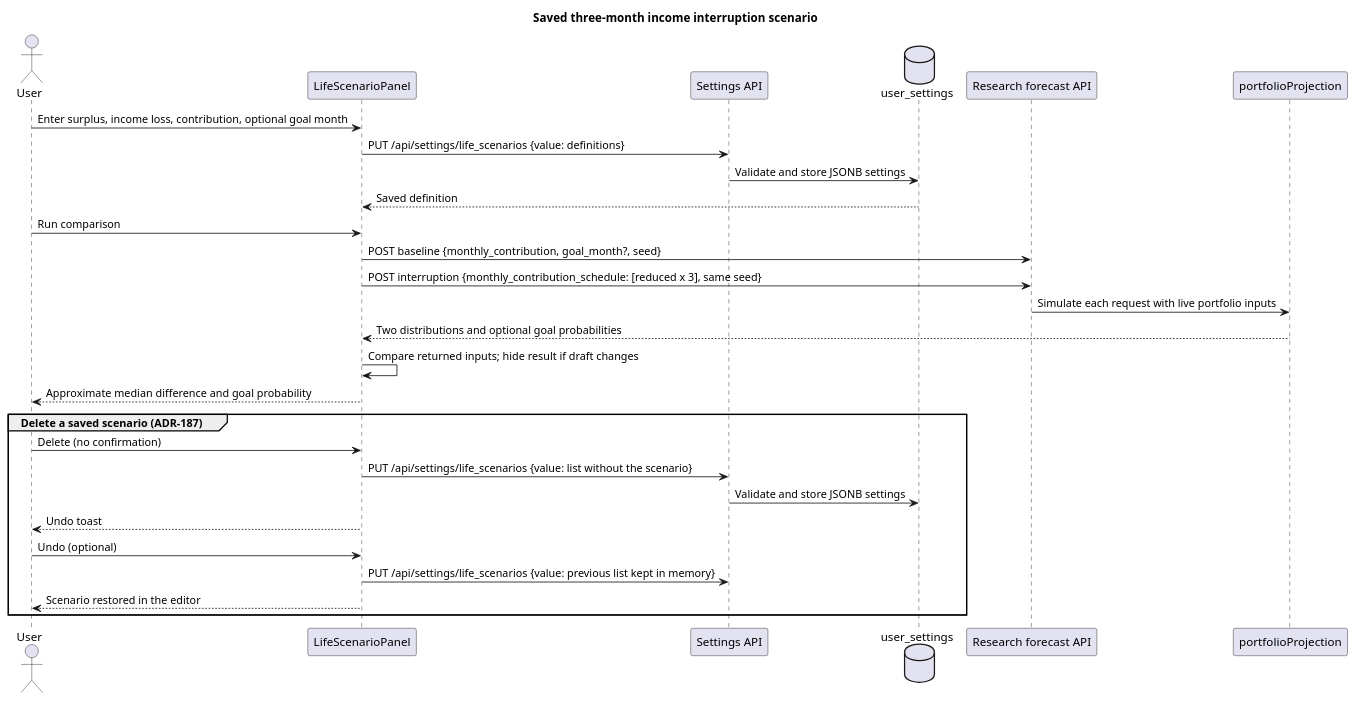
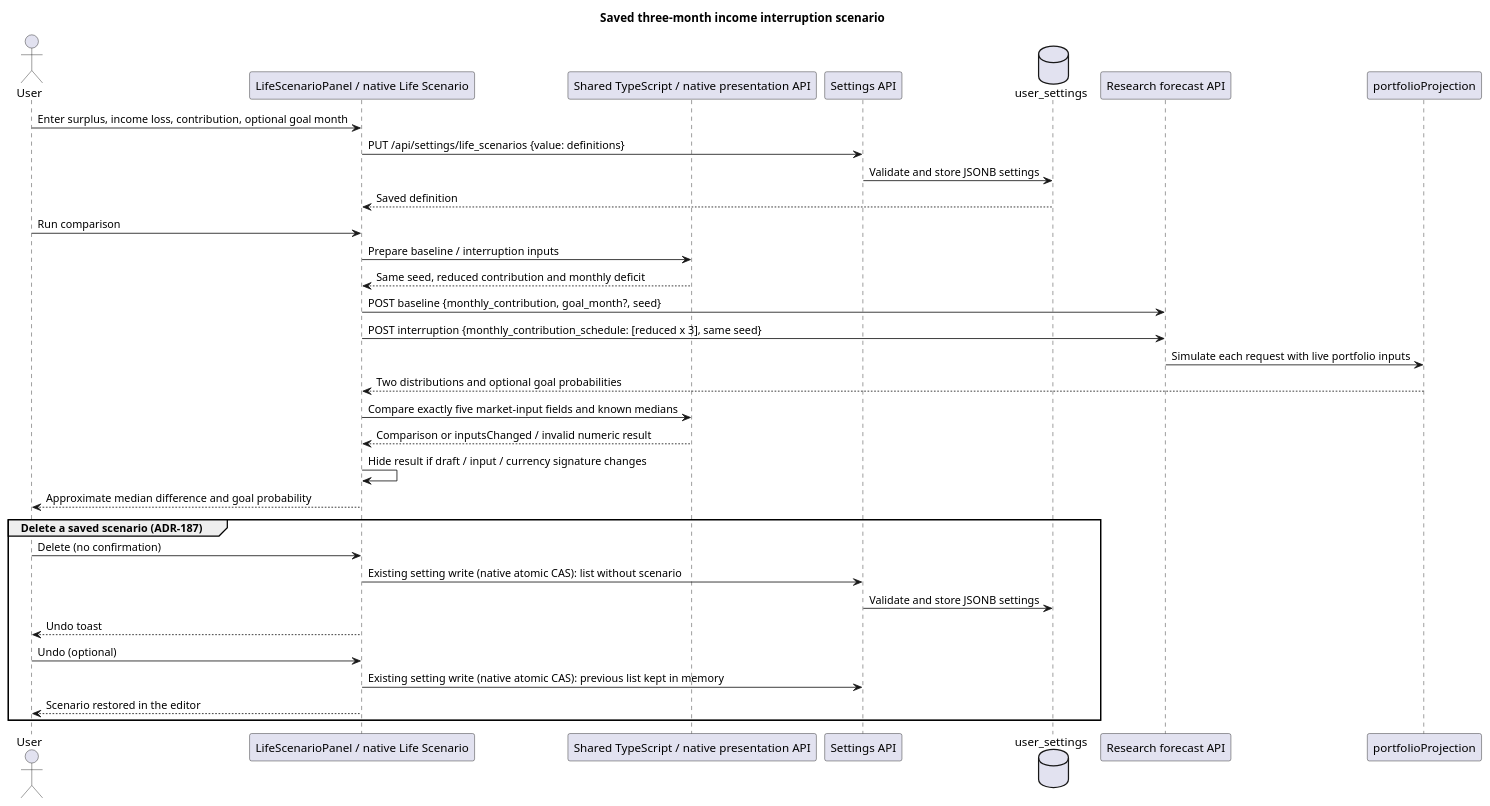
Before and after one commit to EraPartner/Vision: the diagram in docs/diagrams/life-scenario-flow.puml, drawn with PlantUML. The commit also changed 761 other files, not shown here.

```diff
--- a/docs/diagrams/life-scenario-flow.puml
+++ b/docs/diagrams/life-scenario-flow.puml
@@ -1,31 +1,36 @@
 @startuml Life Scenario Flow
 title Saved three-month income interruption scenario
 actor User
-participant "LifeScenarioPanel" as Panel
+participant "LifeScenarioPanel / native Life Scenario" as Panel
+participant "Shared TypeScript / native presentation API" as Helpers
 participant "Settings API" as Settings
 database "user_settings" as DB
 participant "Research forecast API" as Forecast
 participant "portfolioProjection" as Projection
 
 User -> Panel: Enter surplus, income loss, contribution, optional goal month
 Panel -> Settings: PUT /api/settings/life_scenarios {value: definitions}
 Settings -> DB: Validate and store JSONB settings
 DB --> Panel: Saved definition
 User -> Panel: Run comparison
+Panel -> Helpers: Prepare baseline / interruption inputs
+Helpers --> Panel: Same seed, reduced contribution and monthly deficit
 Panel -> Forecast: POST baseline {monthly_contribution, goal_month?, seed}
 Panel -> Forecast: POST interruption {monthly_contribution_schedule: [reduced x 3], same seed}
 Forecast -> Projection: Simulate each request with live portfolio inputs
 Projection --> Panel: Two distributions and optional goal probabilities
-Panel -> Panel: Compare returned inputs; hide result if draft changes
+Panel -> Helpers: Compare exactly five market-input fields and known medians
+Helpers --> Panel: Comparison or inputsChanged / invalid numeric result
+Panel -> Panel: Hide result if draft / input / currency signature changes
 Panel --> User: Approximate median difference and goal probability
 
 group Delete a saved scenario (ADR-187)
   User -> Panel: Delete (no confirmation)
-  Panel -> Settings: PUT /api/settings/life_scenarios {value: list without the scenario}
+  Panel -> Settings: Existing setting write (native atomic CAS): list without scenario
   Settings -> DB: Validate and store JSONB settings
   Panel --> User: Undo toast
   User -> Panel: Undo (optional)
-  Panel -> Settings: PUT /api/settings/life_scenarios {value: previous list kept in memory}
+  Panel -> Settings: Existing setting write (native atomic CAS): previous list kept in memory
   Panel --> User: Scenario restored in the editor
 end
 @enduml
```
